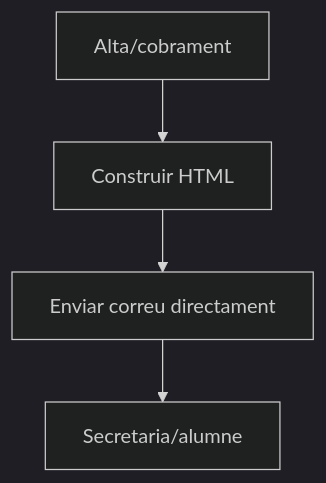
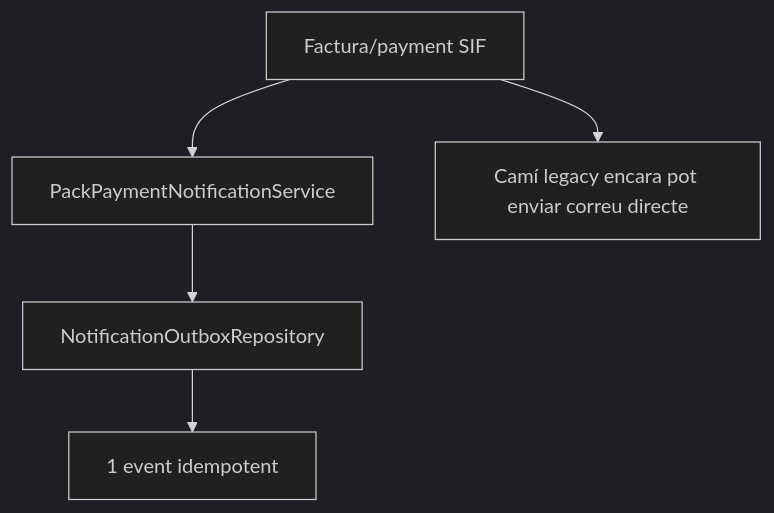
Diagram 17 of 20 in documentacio/07-uml-integrat/uc-015-activitats-pagines-pack-actual-final.md (orgmeriemprismacat-del/verifactu), drawn with Mermaid (dark theme) before and after one commit. The commit also changed other lines of this file, not shown here.

````diff
--- a/documentacio/07-uml-integrat/uc-015-activitats-pagines-pack-actual-final.md
+++ b/documentacio/07-uml-integrat/uc-015-activitats-pagines-pack-actual-final.md
@@ -214,6 +220,7 @@
 ```mermaid
 flowchart TD
-A[Alta/cobrament] --> B[Construir HTML]
-B --> C[Enviar correu directament]
-C --> D[Secretaria/alumne]
+A[Factura/payment SIF] --> B[PackPaymentNotificationService]
+B --> C[NotificationOutboxRepository]
+C --> D[1 event idempotent]
+A --> E[Camí legacy encara pot enviar correu directe]
 ```
````
